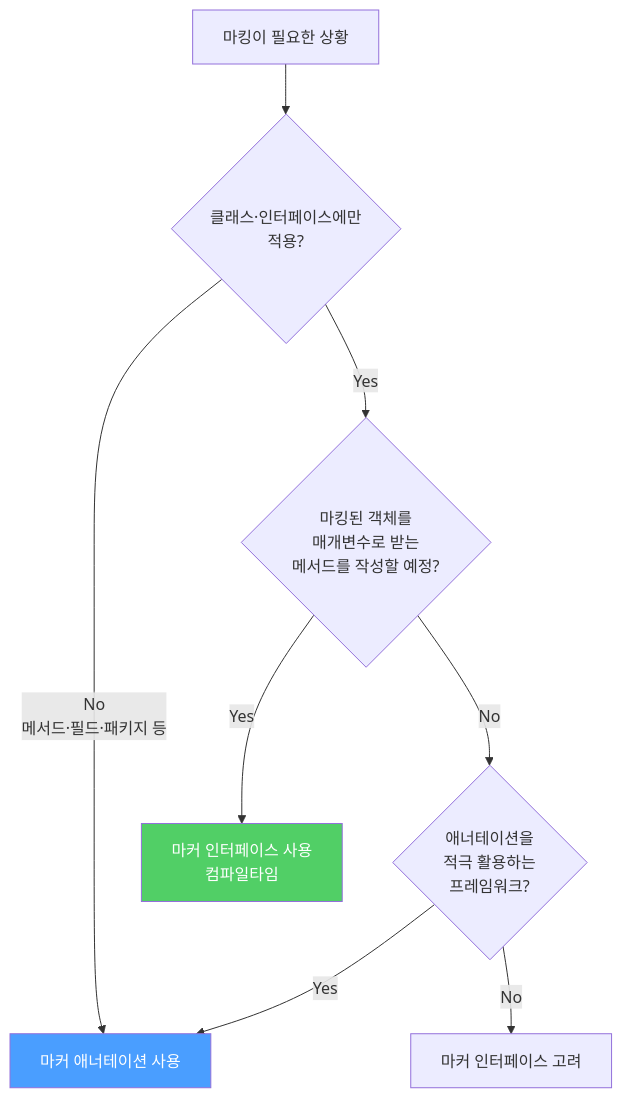
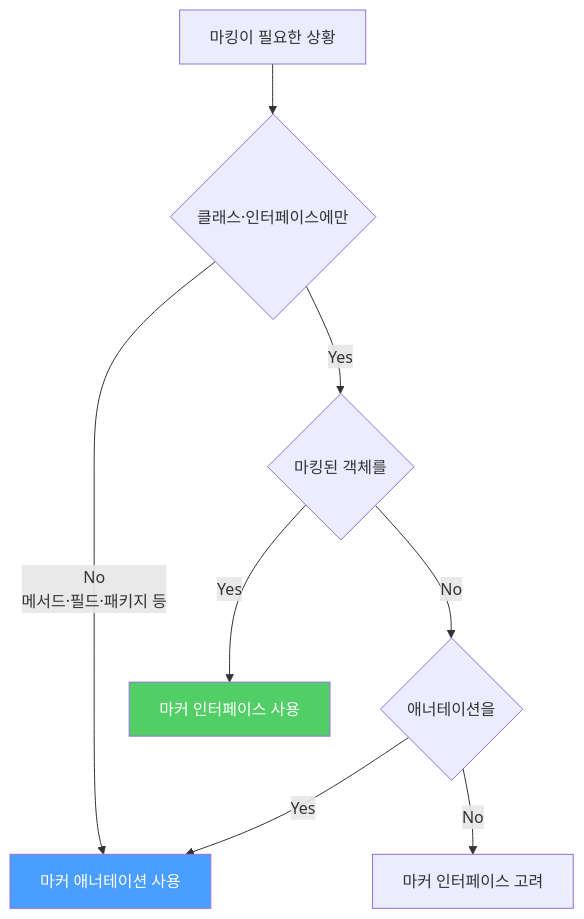
The second of 2 diagrams in _posts/java/2022-01-17-effective-java41.md (yjkim2015/yjkim2015.github.io), drawn with Mermaid before and after one commit. The commit also changed other lines of this file and 217 other files, not shown here.

First line of the commit message:
Mermaid 크기 수정: useMaxWidth:true + SVG max-width:100% + 라벨 축소

````diff
--- a/_posts/java/2022-01-17-effective-java41.md
+++ b/_posts/java/2022-01-17-effective-java41.md
@@ -84,12 +84,12 @@
 ```mermaid
 graph TD
-    A["마킹이 필요한 상황"] --> B{"클래스·인터페이스에만\n적용?"}
+    A["마킹이 필요한 상황"] --> B{"클래스·인터페이스에만"}
     B -->|"No\n메서드·필드·패키지 등"| C["마커 애너테이션 사용"]
-    B -->|"Yes"| D{"마킹된 객체를\n매개변수로 받는\n메서드를 작성할 예정?"}
-    D -->|"Yes"| E["마커 인터페이스 사용\n컴파일타임"]
-    D -->|"No"| F{"애너테이션을\n적극 활용하는\n프레임워크?"}
+    B -->|"Yes"| D{"마킹된 객체를"}
+    D -->|"Yes"| E["마커 인터페이스 사용"]
+    D -->|"No"| F{"애너테이션을"}
     F -->|"Yes"| C
     F -->|"No"| G["마커 인터페이스 고려"]
     style E fill:#51cf66,color:#fff
     style C fill:#4a9eff,color:#fff
 ```
````
